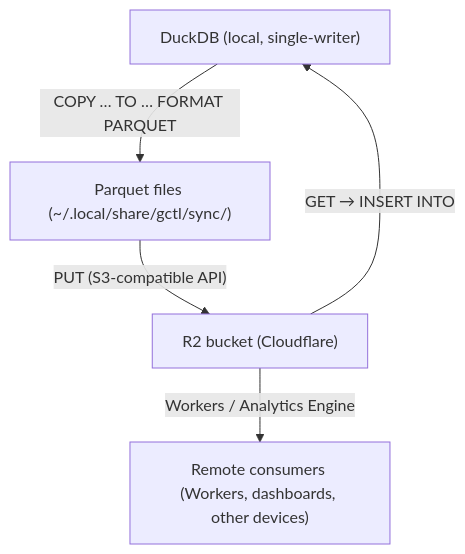
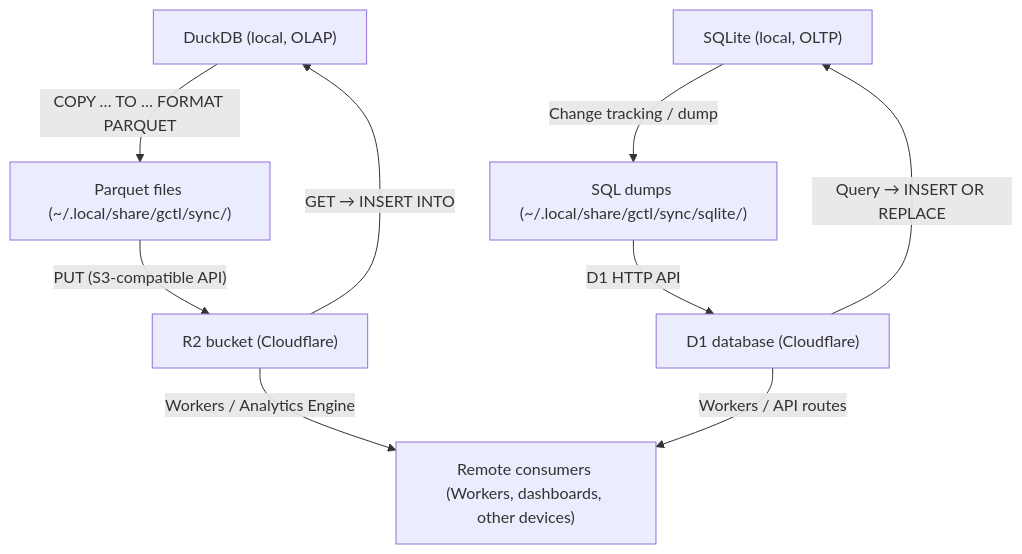
The diagram in specs/architecture/kernel/sync.md (OpenHackersClub/gctrl), drawn with Mermaid before and after one commit. The commit also changed other lines of this file, not shown here.

First line of the commit message:
spec(sync): add SQLite and D1 as sync targets alongside DuckDB/R2

````diff
--- a/specs/architecture/kernel/sync.md
+++ b/specs/architecture/kernel/sync.md
@@ -16,12 +17,21 @@
 ```mermaid
 flowchart TD
-    DuckDB["DuckDB (local, single-writer)"]
-    Staging["Parquet files (~/.local/share/gctl/sync/)"]
+    DuckDB["DuckDB (local, OLAP)"]
+    SQLite["SQLite (local, OLTP)"]
+    StagingParquet["Parquet files (~/.local/share/gctl/sync/)"]
+    StagingSQL["SQL dumps (~/.local/share/gctl/sync/sqlite/)"]
     R2["R2 bucket (Cloudflare)"]
+    D1["D1 database (Cloudflare)"]
     Consumers["Remote consumers (Workers, dashboards, other devices)"]
 
-    DuckDB -->|"COPY … TO … FORMAT PARQUET"| Staging
-    Staging -->|"PUT (S3-compatible API)"| R2
+    DuckDB -->|"COPY … TO … FORMAT PARQUET"| StagingParquet
+    StagingParquet -->|"PUT (S3-compatible API)"| R2
     R2 -->|"GET → INSERT INTO"| DuckDB
+
+    SQLite -->|"Change tracking / dump"| StagingSQL
+    StagingSQL -->|"D1 HTTP API"| D1
+    D1 -->|"Query → INSERT OR REPLACE"| SQLite
+
     R2 -->|"Workers / Analytics Engine"| Consumers
+    D1 -->|"Workers / API routes"| Consumers
 ```
````
